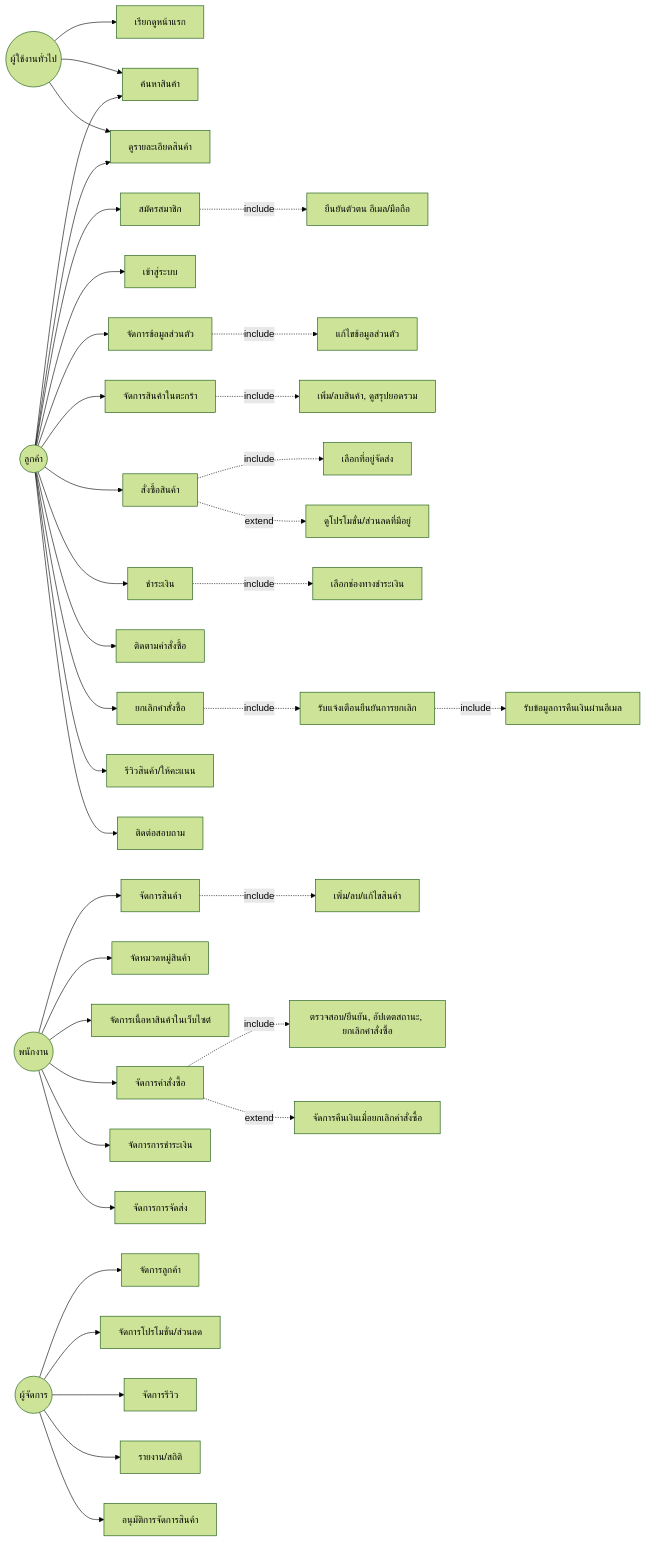
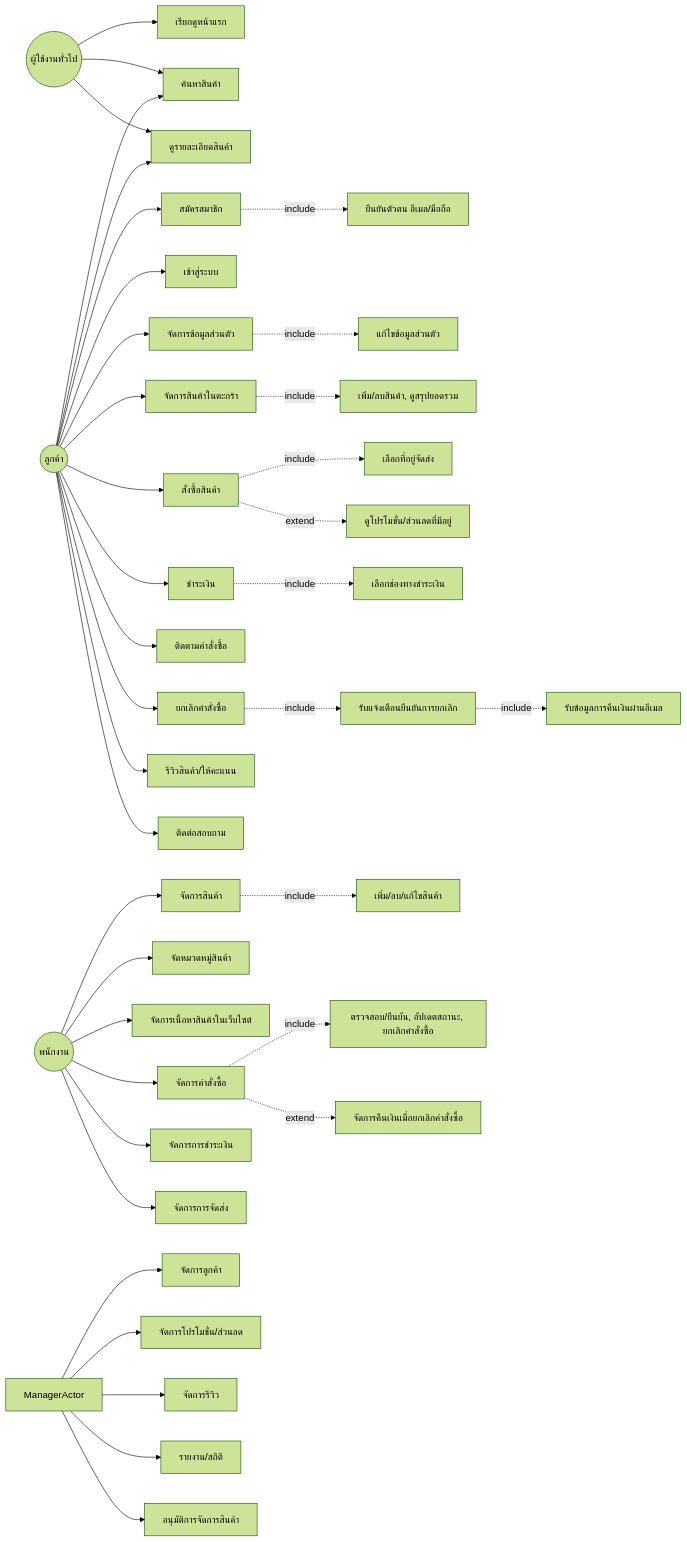
The first of 2 diagrams in docs/analysis-design.md (ptnsin/Farmart), drawn with Mermaid (forest theme) before and after one commit. The commit also changed other lines of this file, not shown here.

Commit message:
แก้คำ

````diff
--- a/docs/analysis-design.md
+++ b/docs/analysis-design.md
@@ -22,52 +22,51 @@
 ```mermaid
 graph LR
     GuestActor((ผู้ใช้งานทั่วไป))
     CustomerActor((ลูกค้า))
-    StaffActor((พนักงาน))
-    ManagerActor((ผู้จัดการ))
+    EmployeeActor((พนักงาน))
 
     %% ผู้ใช้งานทั่วไป
     GuestActor --> UC_Home[เรียกดูหน้าแรก]
     GuestActor --> UC_Search[ค้นหาสินค้า]
     GuestActor --> UC_Detail[ดูรายละเอียดสินค้า]
 
     %% ลูกค้า
     CustomerActor --> UC_Register[สมัครสมาชิก]
     UC_Register -.include.-> UC_Verify[ยืนยันตัวตน อีเมล/มือถือ]
     CustomerActor --> UC_Login[เข้าสู่ระบบ]
     CustomerActor --> UC_Profile[จัดการข้อมูลส่วนตัว]
     UC_Profile -.include.-> UC_EditProfile[แก้ไขข้อมูลส่วนตัว]
     CustomerActor --> UC_Search
     CustomerActor --> UC_Detail
     CustomerActor --> UC_Cart[จัดการสินค้าในตะกร้า]
     UC_Cart -.include.-> UC_CartOps["เพิ่ม/ลบสินค้า, ดูสรุปยอดรวม"]
     CustomerActor --> UC_Order[สั่งซื้อสินค้า]
     UC_Order -.include.-> UC_Address[เลือกที่อยู่จัดส่ง]
     UC_Order -.extend.-> UC_Promo[ดูโปรโมชั่น/ส่วนลดที่มีอยู่]
     CustomerActor --> UC_Pay[ชำระเงิน]
     UC_Pay -.include.-> UC_PayMethod[เลือกช่องทางชำระเงิน]
     CustomerActor --> UC_Track[ติดตามคำสั่งซื้อ]
     CustomerActor --> UC_Cancel[ยกเลิกคำสั่งซื้อ]
     UC_Cancel -.include.-> UC_ConfirmCancel[รับแจ้งเตือนยืนยันการยกเลิก]
     UC_ConfirmCancel -.include.-> UC_RefundMail[รับข้อมูลการคืนเงินผ่านอีเมล]
     CustomerActor --> UC_Review["รีวิวสินค้า/ให้คะแนน"]
     CustomerActor --> UC_Contact[ติดต่อสอบถาม]
 
     %% พนักงาน
-    StaffActor --> UC_ManageProduct[จัดการสินค้า]
+    EmployeeActor --> UC_ManageProduct[จัดการสินค้า]
     UC_ManageProduct -.include.-> UC_ProductOps["เพิ่ม/ลบ/แก้ไขสินค้า"]
-    StaffActor --> UC_Category[จัดหมวดหมู่สินค้า]
-    StaffActor --> UC_Content[จัดการเนื้อหาสินค้าในเว็บไซต์]
-    StaffActor --> UC_ManageOrder[จัดการคำสั่งซื้อ]
+    EmployeeActor --> UC_Category[จัดหมวดหมู่สินค้า]
+    EmployeeActor --> UC_Content[จัดการเนื้อหาสินค้าในเว็บไซต์]
+    EmployeeActor --> UC_ManageOrder[จัดการคำสั่งซื้อ]
     UC_ManageOrder -.include.-> UC_OrderOps["ตรวจสอบ/ยืนยัน, อัปเดตสถานะ, ยกเลิกคำสั่งซื้อ"]
-    StaffActor --> UC_ManagePay[จัดการการชำระเงิน]
-    StaffActor --> UC_ManageShip[จัดการการจัดส่ง]
+    EmployeeActor --> UC_ManagePay[จัดการการชำระเงิน]
+    EmployeeActor --> UC_ManageShip[จัดการการจัดส่ง]
     UC_ManageOrder -.extend.-> UC_ManageRefund[จัดการคืนเงินเมื่อยกเลิกคำสั่งซื้อ]
 
     %% ผู้จัดการ
     ManagerActor --> UC_ManageCustomer[จัดการลูกค้า]
     ManagerActor --> UC_ManagePromo["จัดการโปรโมชั่น/ส่วนลด"]
     ManagerActor --> UC_ManageReview[จัดการรีวิว]
     ManagerActor --> UC_Report["รายงาน/สถิติ"]
     ManagerActor --> UC_Approve[อนุมัติการจัดการสินค้า]
 ```
````
